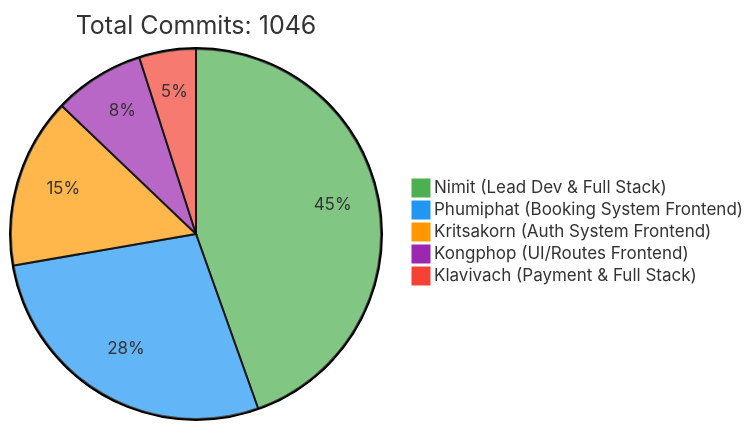
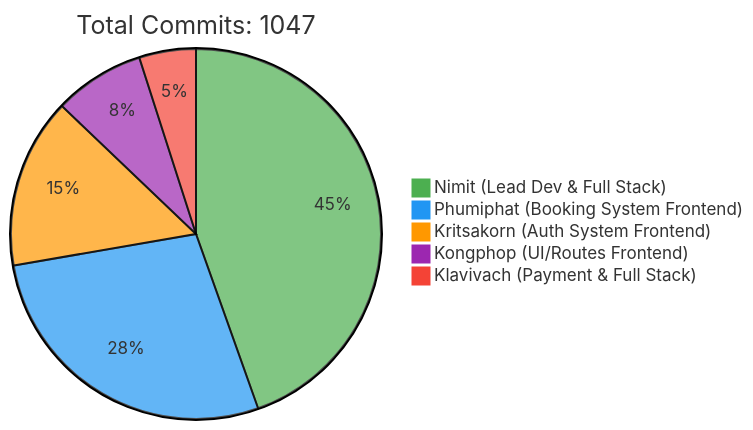
Before and after one commit to 6531503042/Sport-Complex: the first of 2 diagrams in README.md, drawn with Mermaid. The commit also changed other lines of this file, not shown here.

Commit message:
docs: Update contributor statistics [skip ci]

````diff
--- a/README.md
+++ b/README.md
@@ -240,10 +240,10 @@
 ```mermaid
 %%{init: {'theme': 'base', 'themeVariables': { 'pie1': '#4CAF50', 'pie2': '#2196F3', 'pie3': '#FF9800', 'pie4': '#9C27B0', 'pie5': '#F44336'}}}%%
 pie
-    title Total Commits: 1046
+    title Total Commits: 1047
     "Nimit (Lead Dev & Full Stack)" : 450
     "Phumiphat (Booking System Frontend)" : 280
     "Kritsakorn (Auth System Frontend)" : 150
     "Kongphop (UI/Routes Frontend)" : 80
     "Klavivach (Payment & Full Stack)" : 50
 ```
````
